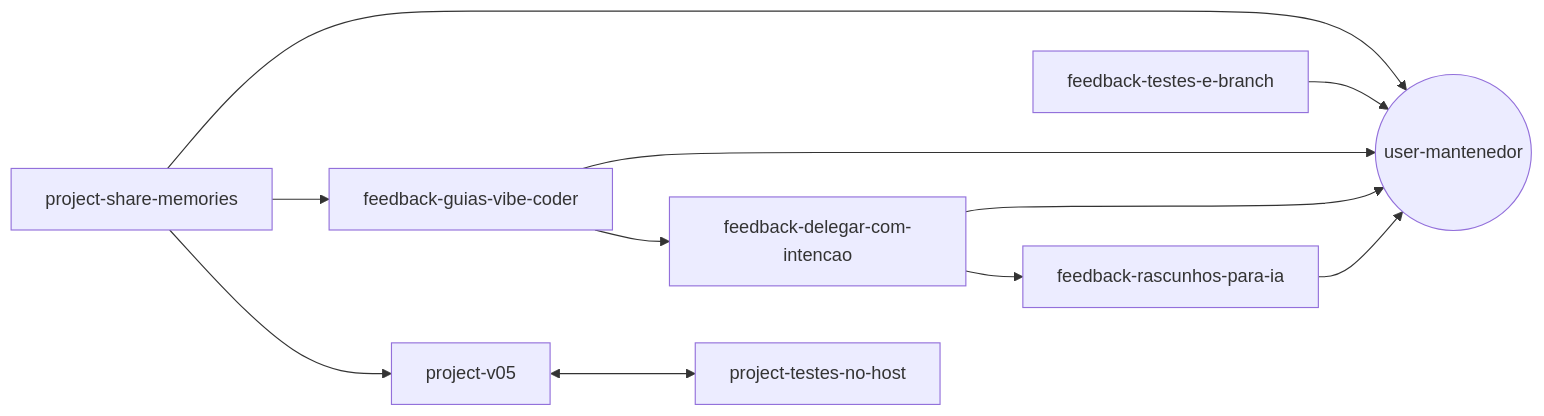
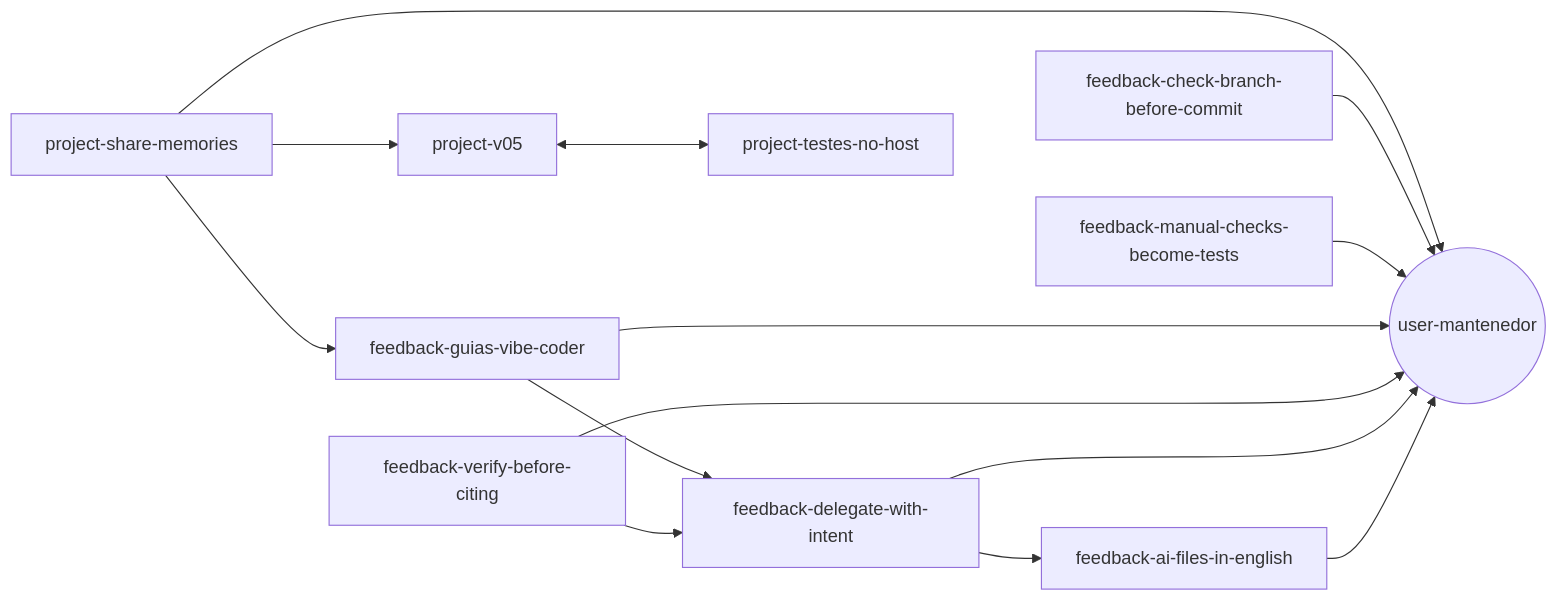
Before and after one commit to ost-devs/dev-sandbox: the diagram in docs/claude-code/memorias-como-sinapses.md, drawn with Mermaid. The commit also changed other lines of this file, not shown here.

Commit message:
docs(claude-code): atualiza o grafo de memórias do artigo (10 memórias, 14 links, nomes em inglês)

````diff
--- a/docs/claude-code/memorias-como-sinapses.md
+++ b/docs/claude-code/memorias-como-sinapses.md
@@ -44,13 +44,16 @@
 ```mermaid
 graph LR
-  rascunhos[feedback-rascunhos-para-ia] --> mantenedor((user-mantenedor))
-  delegar[feedback-delegar-com-intencao] --> mantenedor
-  delegar --> rascunhos
+  ia[feedback-ai-files-in-english] --> mantenedor((user-mantenedor))
+  delegar[feedback-delegate-with-intent] --> mantenedor
+  delegar --> ia
+  verificar[feedback-verify-before-citing] --> mantenedor
+  verificar --> delegar
   guias[feedback-guias-vibe-coder] --> mantenedor
   guias --> delegar
-  testes[feedback-testes-e-branch] --> mantenedor
+  testes[feedback-manual-checks-become-tests] --> mantenedor
+  branch[feedback-check-branch-before-commit] --> mantenedor
   share[project-share-memories] --> mantenedor
   share --> guias
   share --> v05[project-v05]
   v05 <--> host[project-testes-no-host]
 ```
````
